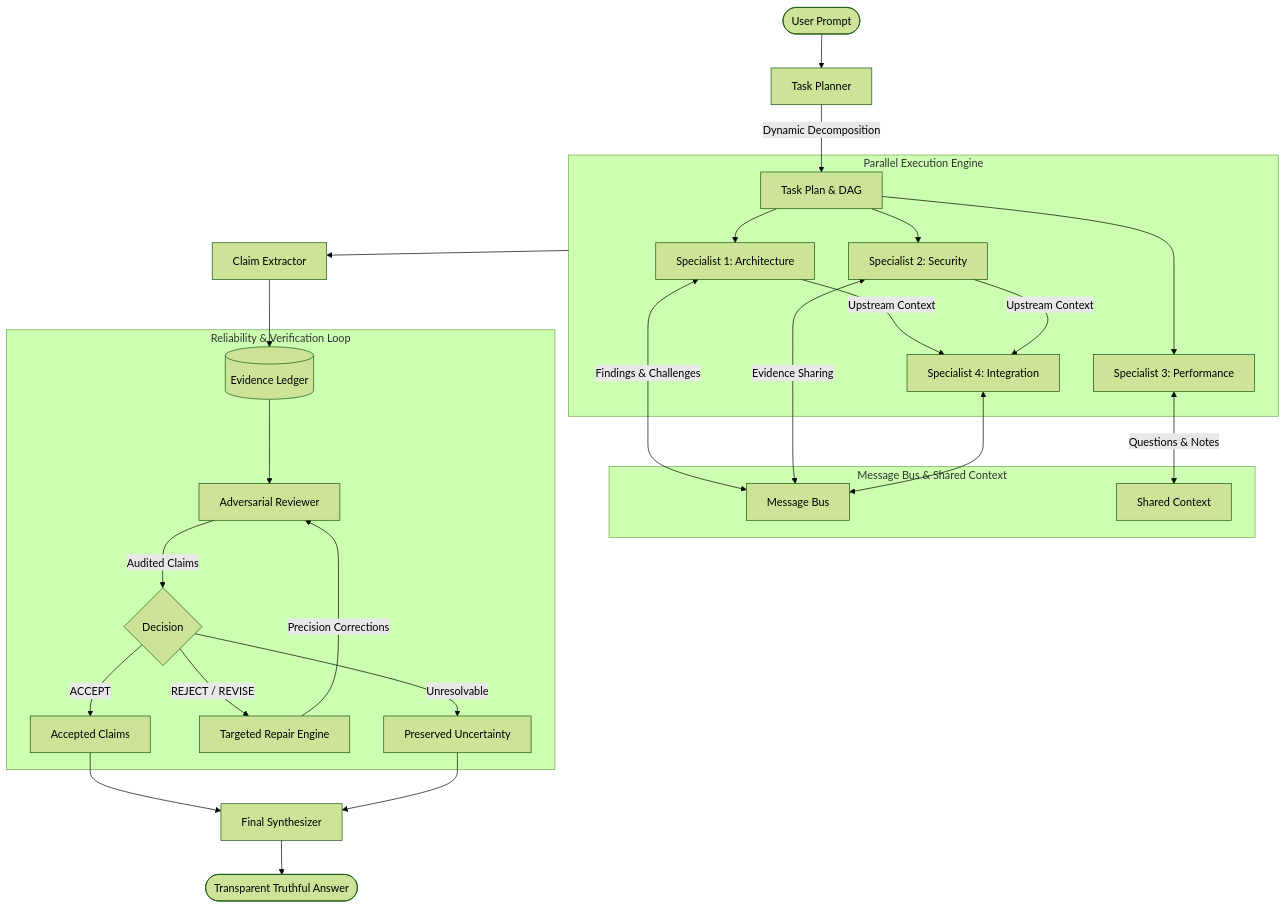
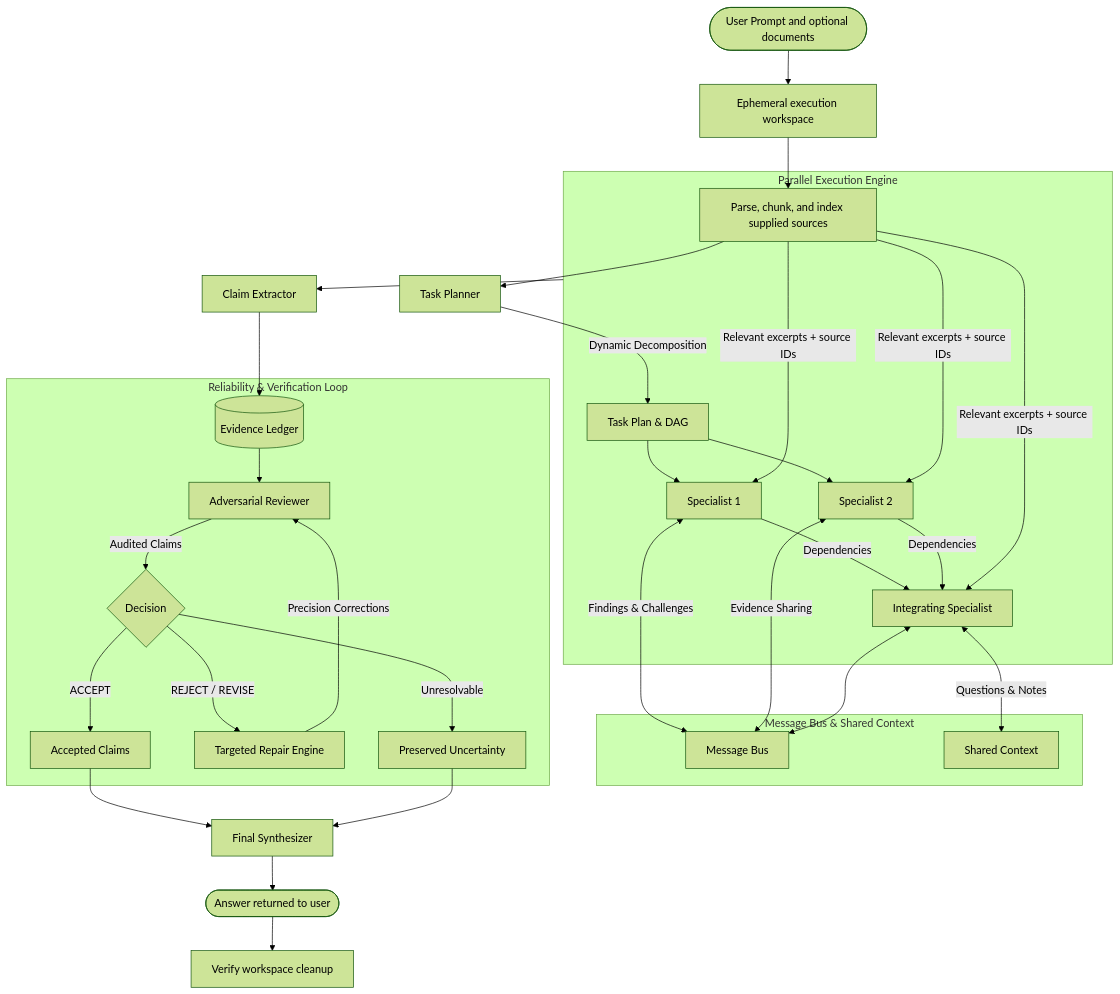
Before and after one commit to giteshp-vc/MEDHA: the diagram in README.md, drawn with Mermaid (forest theme). The commit also changed other lines of this file and 47 other files, not shown here.

````diff
--- a/README.md
+++ b/README.md
@@ -38,34 +42,39 @@
 ```mermaid
 flowchart TD
-    User([User Prompt]) --> Planner[Task Planner]
+    User([User Prompt and optional documents]) --> Workspace[Ephemeral execution workspace]
+    Workspace --> Ingest[Parse, chunk, and index supplied sources]
+    Ingest --> Planner[Task Planner]
     Planner -->|Dynamic Decomposition| Plan[Task Plan & DAG]
     
     subgraph ExecutionEngine [Parallel Execution Engine]
-        Plan --> T1[Specialist 1: Architecture]
-        Plan --> T2[Specialist 2: Security]
-        Plan --> T3[Specialist 3: Performance]
-        T1 & T2 -->|Upstream Context| T4[Specialist 4: Integration]
+        Plan --> T1[Specialist 1]
+        Plan --> T2[Specialist 2]
+        T1 & T2 -->|Dependencies| T3[Integrating Specialist]
+        Ingest -->|Relevant excerpts + source IDs| T1
+        Ingest -->|Relevant excerpts + source IDs| T2
+        Ingest -->|Relevant excerpts + source IDs| T3
     end
 
     subgraph Communication [Message Bus & Shared Context]
         T1 <-->|Findings & Challenges| MsgBus[Message Bus]
         T2 <-->|Evidence Sharing| MsgBus
         T3 <-->|Questions & Notes| SharedCtx[Shared Context]
-        T4 <--> MsgBus
+        T3 <--> MsgBus
     end
 
     ExecutionEngine --> Extractor[Claim Extractor]
     Extractor --> Ledger[(Evidence Ledger)]
 
     subgraph Verification [Reliability & Verification Loop]
         Ledger --> Reviewer[Adversarial Reviewer]
         Reviewer -->|Audited Claims| Decision{Decision}
         Decision -->|ACCEPT| Accepted[Accepted Claims]
         Decision -->|REJECT / REVISE| Repair[Targeted Repair Engine]
         Repair -->|Precision Corrections| Reviewer
         Decision -->|Unresolvable| Unverifiable[Preserved Uncertainty]
     end
 
     Accepted & Unverifiable --> Synthesizer[Final Synthesizer]
-    Synthesizer --> FinalAnswer([Transparent Truthful Answer])
+    Synthesizer --> FinalAnswer([Answer returned to user])
+    FinalAnswer --> Cleanup[Verify workspace cleanup]
 ```
````
